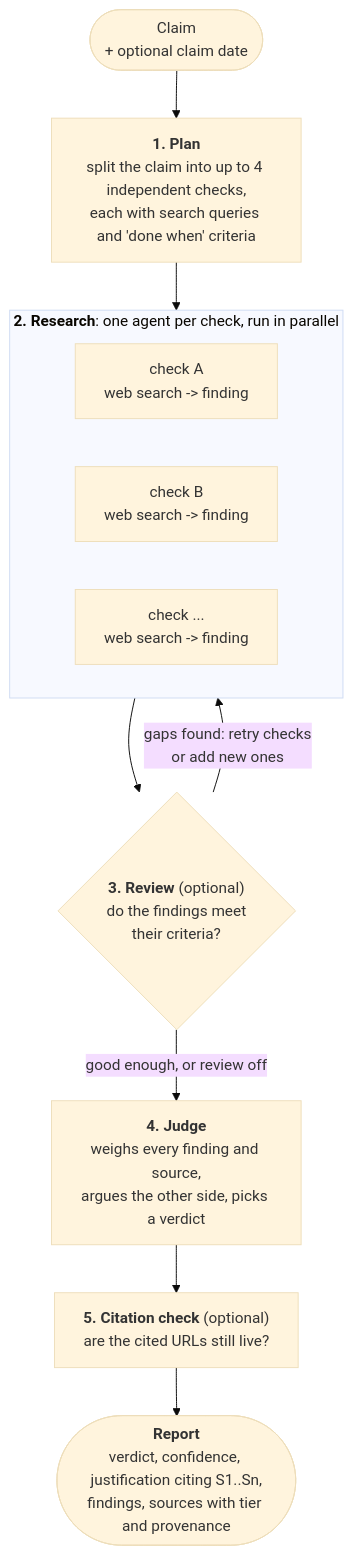
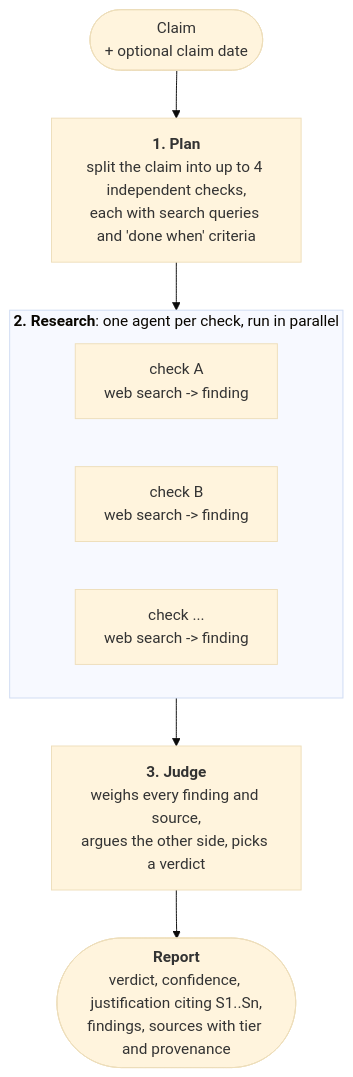
The first of 2 diagrams in README.md (aic-factcheck/facticli), drawn with Mermaid (base theme) before and after one commit. The commit also changed other lines of this file and 54 other files, not shown here.

````diff
--- a/README.md
+++ b/README.md
@@ -388,20 +351,15 @@
 ```mermaid
 flowchart TD
   claim(["Claim<br/>+ optional claim date"])
   plan["<b>1. Plan</b><br/>split the claim into up to 4 independent checks,<br/>each with search queries and 'done when' criteria"]
   subgraph research["<b>2. Research</b>: one agent per check, run in parallel"]
     direction LR
     r1["check A<br/>web search -> finding"]
     r2["check B<br/>web search -> finding"]
     r3["check ...<br/>web search -> finding"]
   end
-  review{"<b>3. Review</b> (optional)<br/>do the findings meet<br/>their criteria?"}
-  judge["<b>4. Judge</b><br/>weighs every finding and source,<br/>argues the other side, picks a verdict"]
-  verify["<b>5. Citation check</b> (optional)<br/>are the cited URLs still live?"]
+  judge["<b>3. Judge</b><br/>weighs every finding and source,<br/>argues the other side, picks a verdict"]
   report(["<b>Report</b><br/>verdict, confidence, justification citing S1..Sn,<br/>findings, sources with tier and provenance"])
 
-  claim --> plan --> research --> review
-  review -->|"gaps found: retry checks<br/>or add new ones"| research
-  review -->|"good enough, or review off"| judge
-  judge --> verify --> report
+  claim --> plan --> research --> judge --> report
 ```
````
